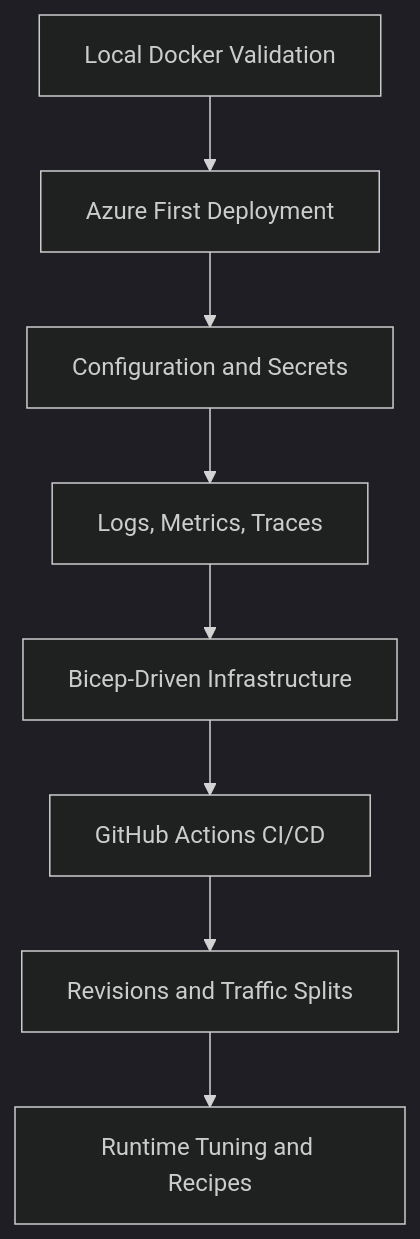
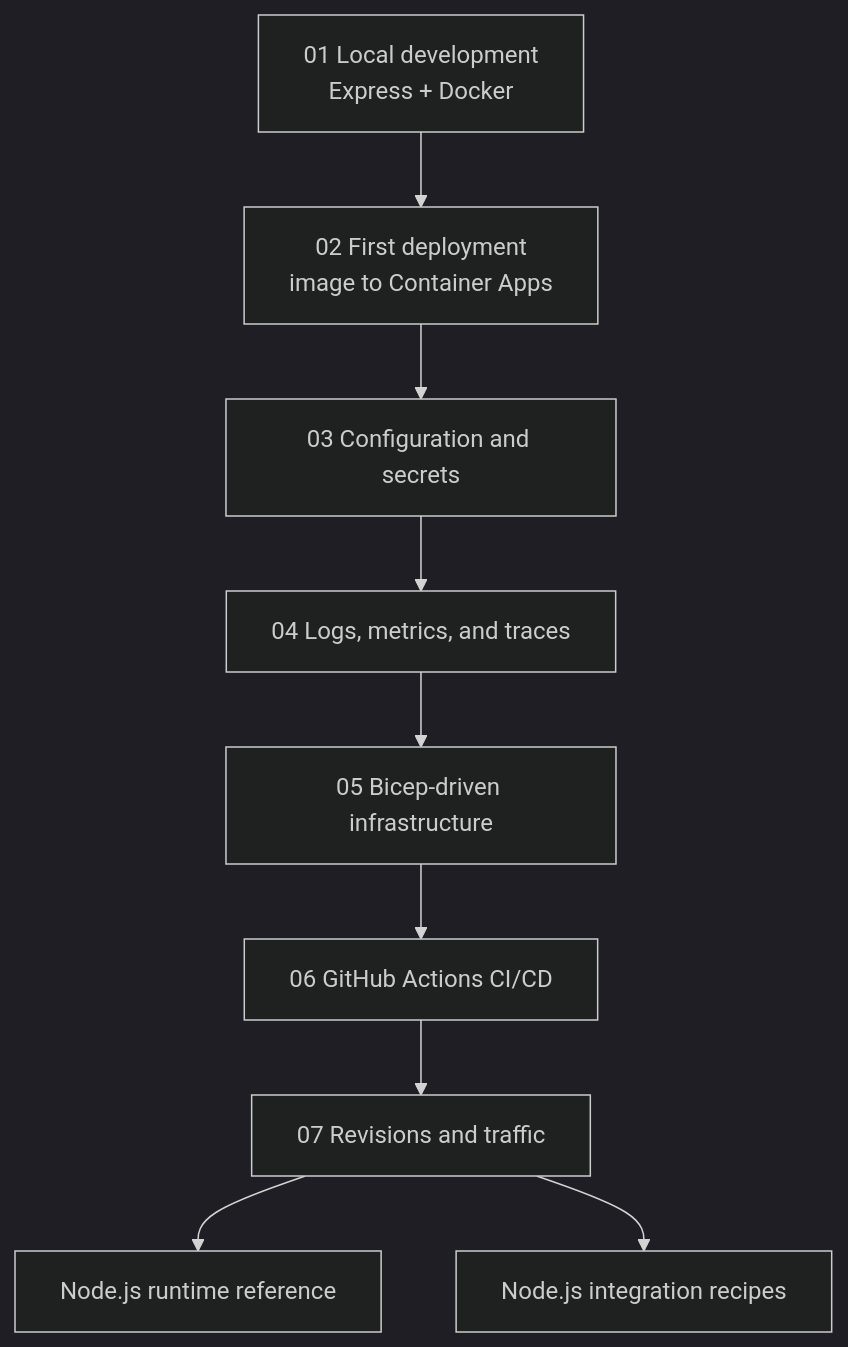
The diagram in docs/language-guides/nodejs/index.md (yeongseon/azure-container-apps-practical-guide), drawn with Mermaid (dark theme) before and after one commit. The commit also changed other lines of this file and 22 other files, not shown here.

Commit message:
docs(diagrams): migrate language navigation and .NET recipes (#621)

````diff
--- a/docs/language-guides/nodejs/index.md
+++ b/docs/language-guides/nodejs/index.md
@@ -66,10 +67,18 @@
 ```mermaid
 flowchart TD
-    A[Local Docker Validation] --> B[Azure First Deployment]
-    B --> C[Configuration and Secrets]
-    C --> D[Logs, Metrics, Traces]
-    D --> E[Bicep-Driven Infrastructure]
-    E --> F[GitHub Actions CI/CD]
-    F --> G[Revisions and Traffic Splits]
-    G --> H[Runtime Tuning and Recipes]
+    accTitle: Node.js guide learning path
+    accDescr: Follow seven ordered tutorials from local Docker validation through revision traffic management, then branch to the Express runtime reference and integration recipes.
+    LOCAL[01 Local development<br/>Express + Docker]
+    DEPLOY[02 First deployment<br/>image to Container Apps]
+    CONFIG[03 Configuration and secrets]
+    OBSERVE[04 Logs, metrics, and traces]
+    IAC[05 Bicep-driven infrastructure]
+    CICD[06 GitHub Actions CI/CD]
+    RELEASE[07 Revisions and traffic]
+    RUNTIME[Node.js runtime reference]
+    RECIPES[Node.js integration recipes]
+
+    LOCAL --> DEPLOY --> CONFIG --> OBSERVE --> IAC --> CICD --> RELEASE
+    RELEASE --> RUNTIME
+    RELEASE --> RECIPES
 ```
````
